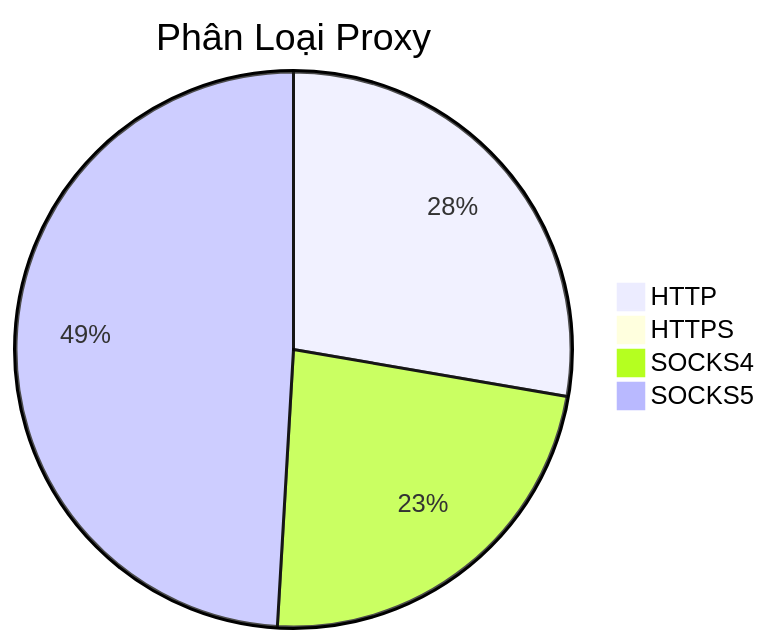
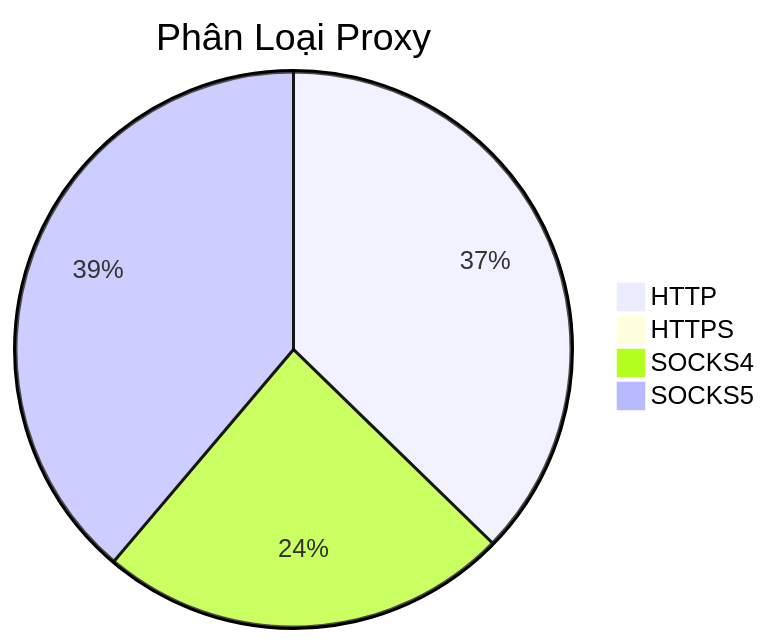
One commit to Ciara-Aa/PROXY-free changed the diagram in README.md. Above: the diagram before and after it, drawn with Mermaid. The commit also changed other lines of this file and 4 other files, not shown here.

````diff
--- a/README.md
+++ b/README.md
@@ -26,7 +26,7 @@
 ```mermaid
 pie title Phân Loại Proxy
-    "HTTP" : 389
-    "HTTPS" : 3
-    "SOCKS4" : 326
-    "SOCKS5" : 689
+    "HTTP" : 488
+    "HTTPS" : 2
+    "SOCKS4" : 313
+    "SOCKS5" : 508
 ```
````
